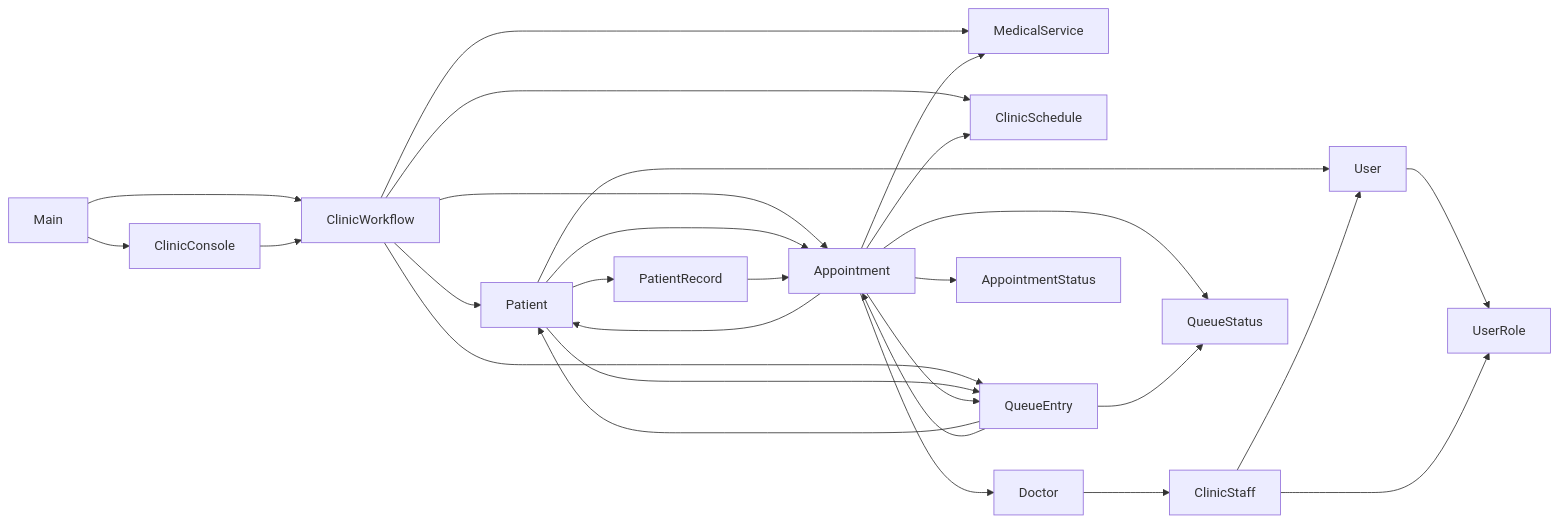
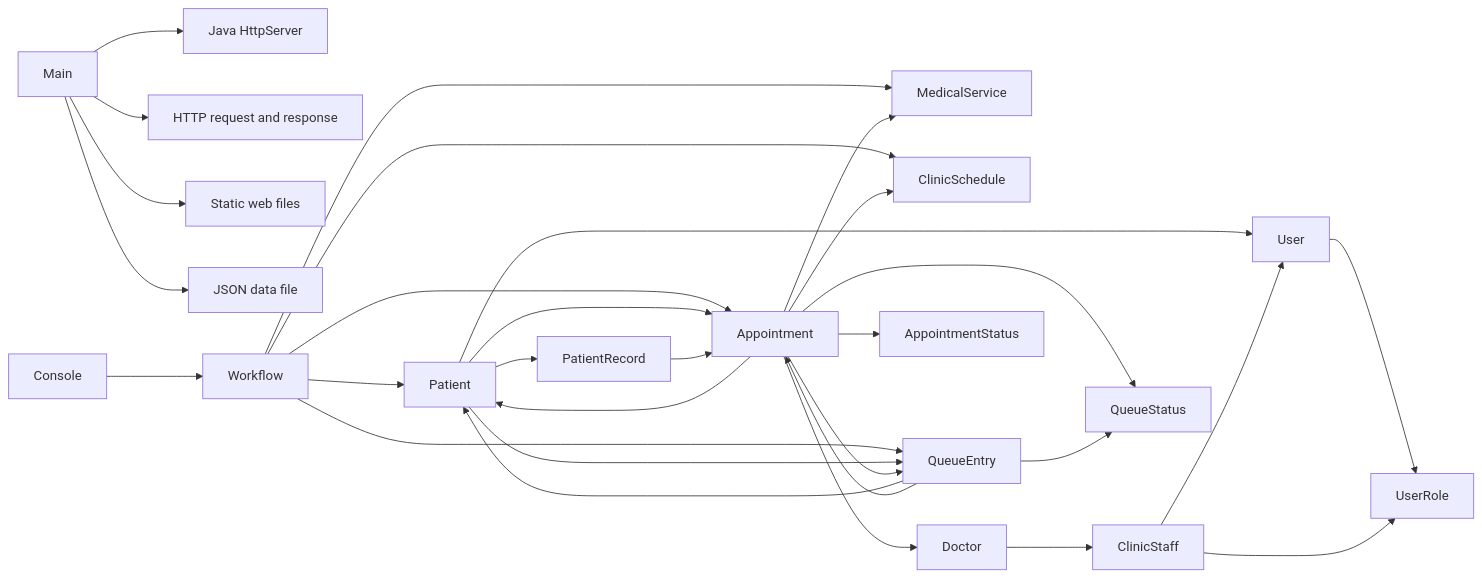
Before and after one commit to Jjjustineey/Queueless-Clinic-Management-System: the diagram in docs/1.05-CRC-Cards.md, drawn with Mermaid. The commit also changed other lines of this file, not shown here.

Commit message:
Update Main CRC card for web server

````diff
--- a/docs/1.05-CRC-Cards.md
+++ b/docs/1.05-CRC-Cards.md
@@ -252,30 +253,32 @@
 ```mermaid
 flowchart LR
-    Main --> Console[ClinicConsole]
-    Main --> Workflow[ClinicWorkflow]
+    Main --> HttpServer[Java HttpServer]
+    Main --> HttpExchange[HTTP request and response]
+    Main --> WebFiles[Static web files]
+    Main --> DataFile[JSON data file]
     Console --> Workflow
     Workflow --> Patient
     Workflow --> Service[MedicalService]
     Workflow --> Schedule[ClinicSchedule]
     Workflow --> Appointment
     Workflow --> QueueEntry
     User --> UserRole
     Patient --> User
     Patient --> Record[PatientRecord]
     Patient --> Appointment
     Patient --> QueueEntry
     ClinicStaff --> User
     ClinicStaff --> UserRole
     Doctor --> ClinicStaff
     Appointment --> AppointmentStatus
     Appointment --> Patient
     Appointment --> Service
     Appointment --> Schedule
     Appointment --> Doctor
     Appointment --> QueueEntry
     Appointment --> QueueStatus
     QueueEntry --> QueueStatus
     QueueEntry --> Patient
     QueueEntry --> Appointment
     Record --> Appointment
 ```
````
